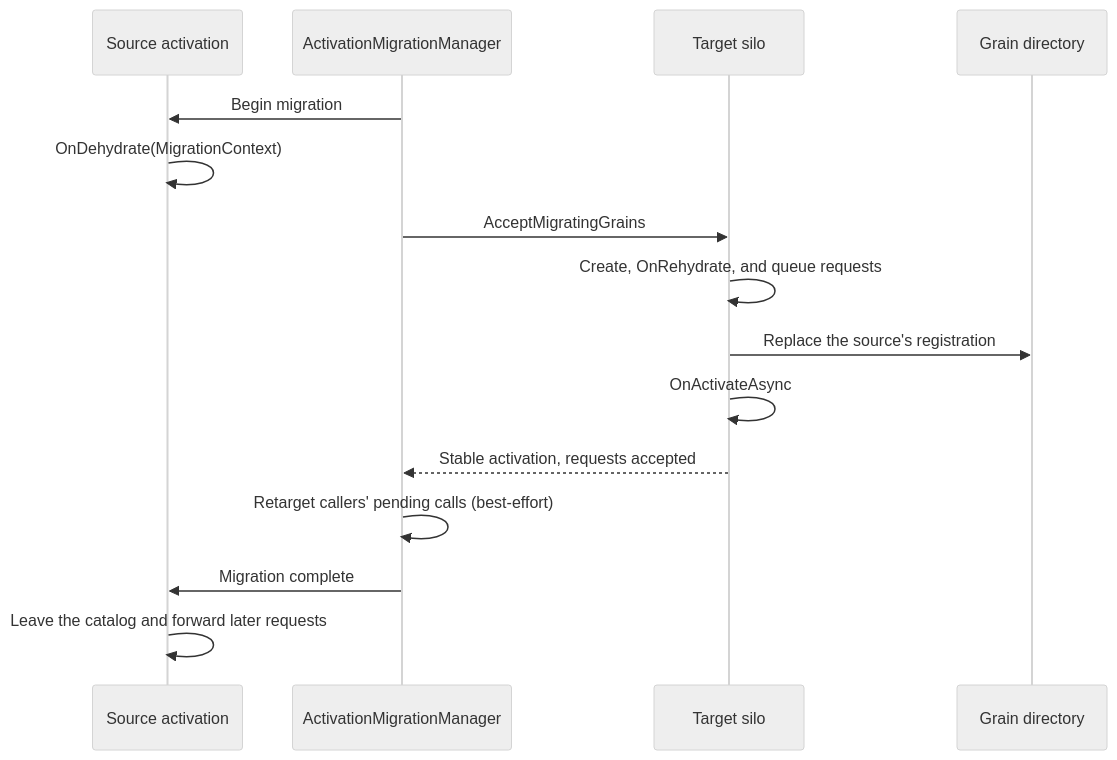
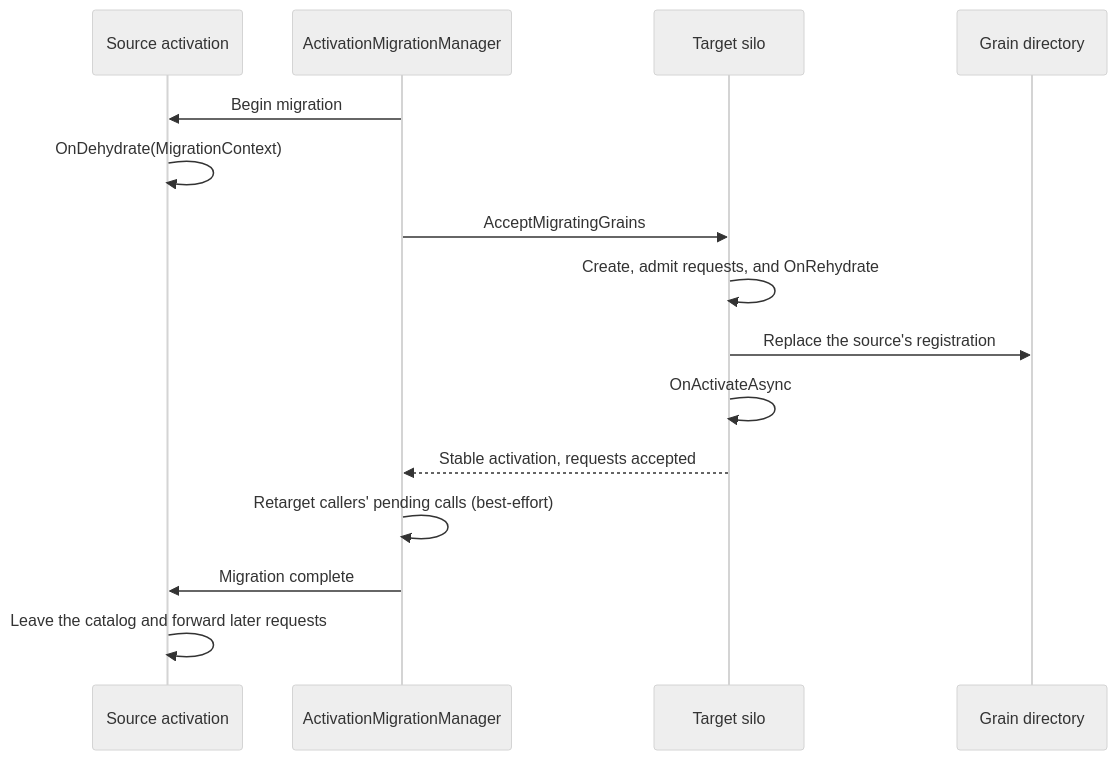
The second of 2 diagrams in docs/site/src/content/docs/implementation/activation-lifecycle.md (dotnet/orleans), drawn with Mermaid (neutral theme) before and after one commit. The commit also changed other lines of this file and 8 other files, not shown here.

First line of the commit message:
refactor(runtime): admit migrated requests through the ordinary queue

````diff
--- a/docs/site/src/content/docs/implementation/activation-lifecycle.md
+++ b/docs/site/src/content/docs/implementation/activation-lifecycle.md
@@ -62,18 +62,18 @@
 ```mermaid
 sequenceDiagram
     participant Source as Source activation
     participant Manager as ActivationMigrationManager
     participant Target as Target silo
     participant Directory as Grain directory
 
     Manager->>Source: Begin migration
     Source->>Source: OnDehydrate(MigrationContext)
     Manager->>Target: AcceptMigratingGrains
-    Target->>Target: Create, OnRehydrate, and queue requests
+    Target->>Target: Create, admit requests, and OnRehydrate
     Target->>Directory: Replace the source's registration
     Target->>Target: OnActivateAsync
     Target-->>Manager: Stable activation, requests accepted
     Manager->>Manager: Retarget callers' pending calls (best-effort)
     Manager->>Source: Migration complete
     Source->>Source: Leave the catalog and forward later requests
 ```
````
